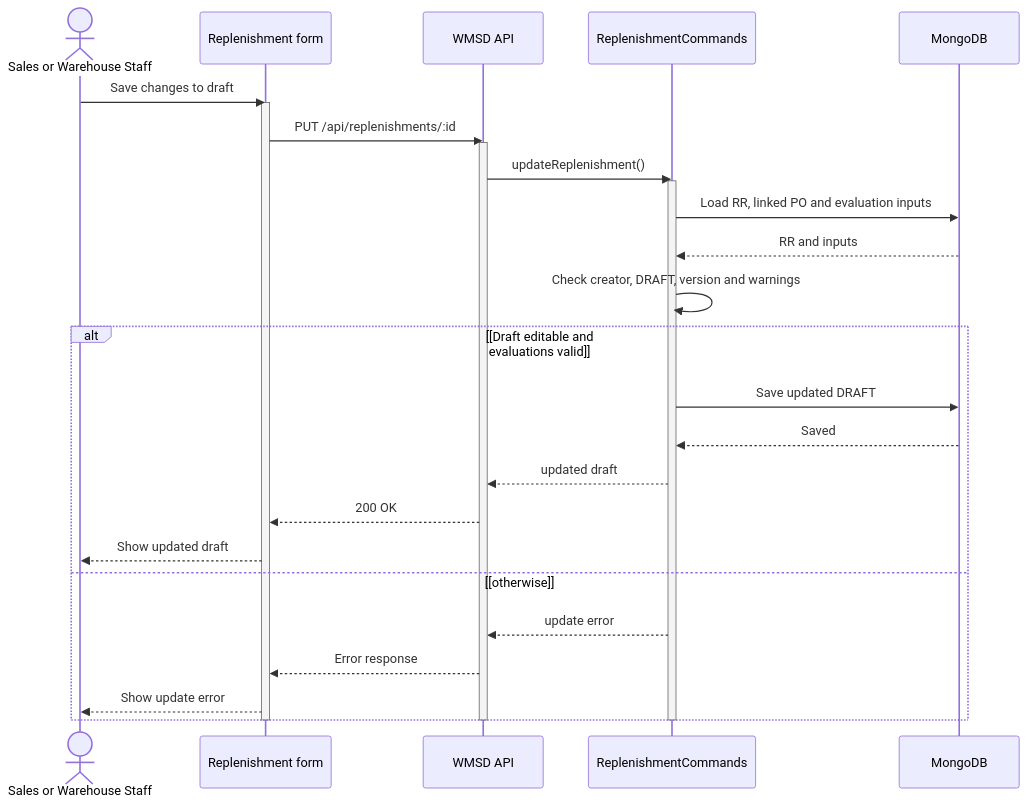
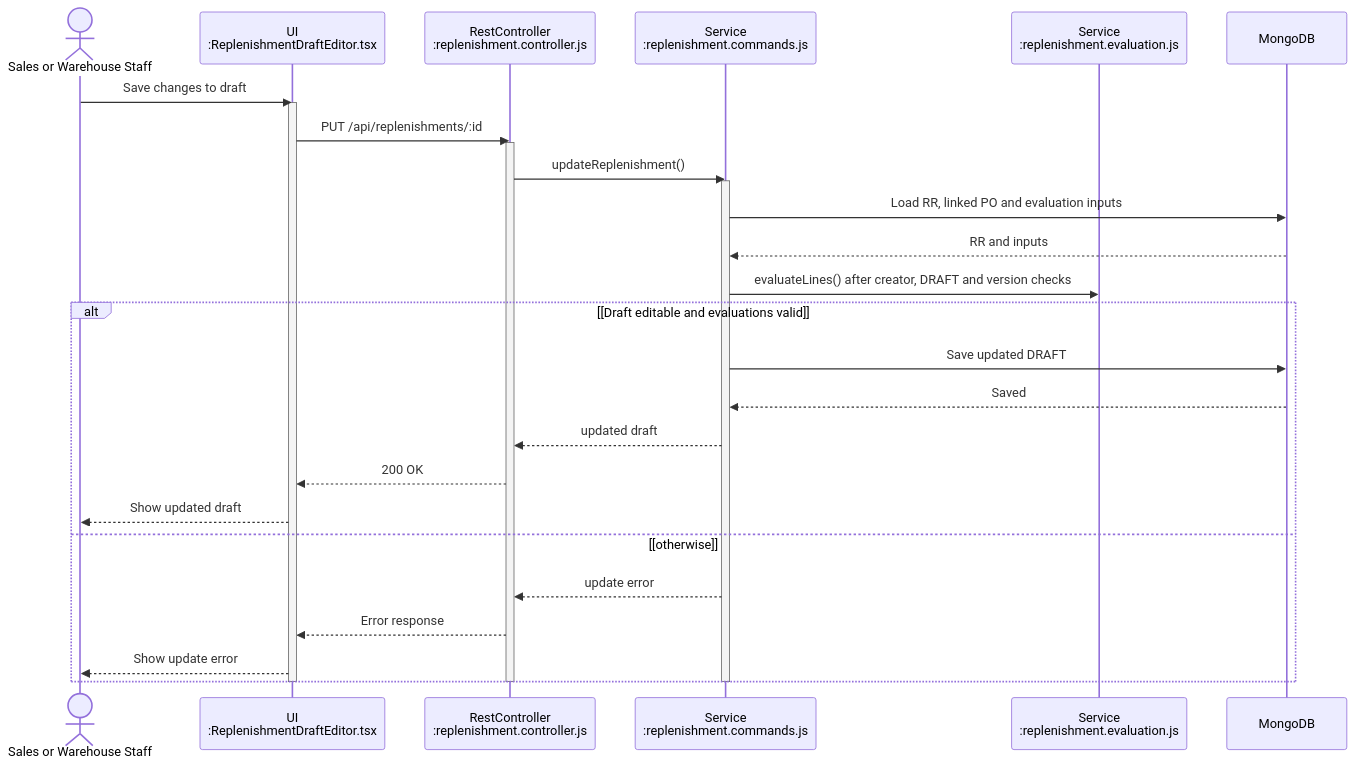
The sixth of 46 diagrams in git_doc/docs/01_bao_cao/WMSD_Report4_Draft.md (bupbalabup/wmsd_be), drawn with Mermaid before and after one commit. The commit also changed other lines of this file and 80 other files, not shown here.

First line of the commit message:
feat(purchase): implement core purchase functionalities and validation schemas

````diff
--- a/git_doc/docs/01_bao_cao/WMSD_Report4_Draft.md
+++ b/git_doc/docs/01_bao_cao/WMSD_Report4_Draft.md
@@ -628,31 +622,32 @@
 ```mermaid
 sequenceDiagram
   actor X as Sales or Warehouse Staff
-  participant U as Replenishment form
-  participant A as WMSD API
-  participant S as ReplenishmentCommands
+  participant U as UI<br/>:ReplenishmentDraftEditor.tsx
+  participant A as RestController<br/>:replenishment.controller.js
+  participant S as Service<br/>:replenishment.commands.js
+  participant T as Service<br/>:replenishment.evaluation.js
   participant D as MongoDB
   X->>U: Save changes to draft
   activate U
   U->>A: PUT /api/replenishments/:id
   activate A
   A->>S: updateReplenishment()
   activate S
   S->>D: Load RR, linked PO and evaluation inputs
   D-->>S: RR and inputs
-  S->>S: Check creator, DRAFT, version and warnings
+  S->>T: evaluateLines() after creator, DRAFT and version checks
   alt [Draft editable and evaluations valid]
     S->>D: Save updated DRAFT
     D-->>S: Saved
     S-->>A: updated draft
     A-->>U: 200 OK
     U-->>X: Show updated draft
   else [otherwise]
     S-->>A: update error
     A-->>U: Error response
     U-->>X: Show update error
   end
   deactivate S
   deactivate A
   deactivate U
 ```
````
